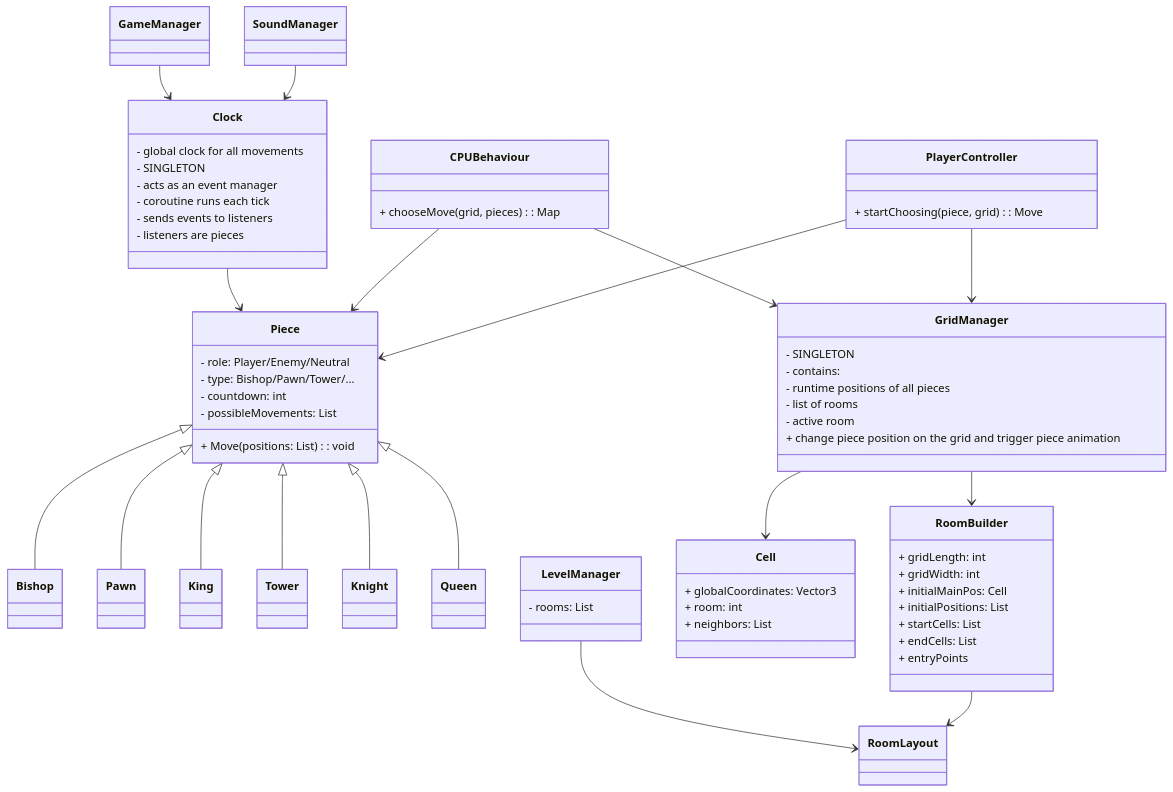
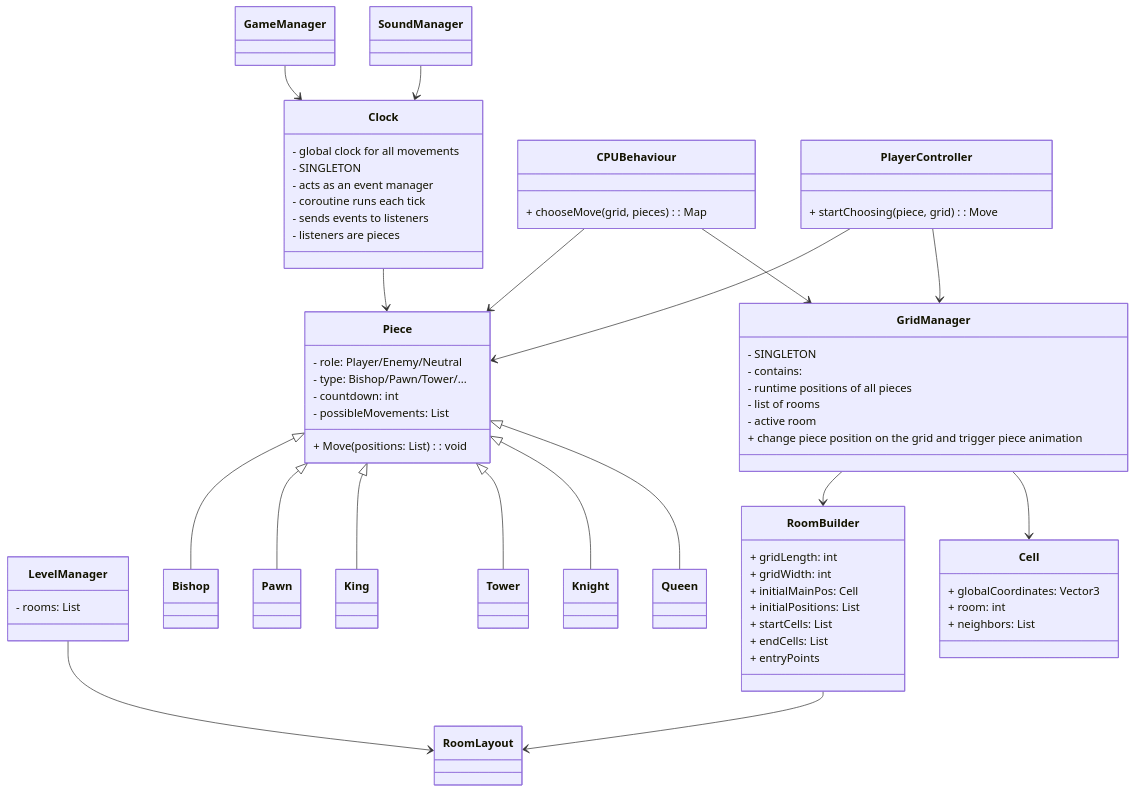
Before and after one commit to martinopiaggi/Gambetto: the first of 2 diagrams in Docs/game design document.md, drawn with Mermaid.

Commit message:
dd levelmanager added into uml

```diff
--- a/Docs/game design document.md
+++ b/Docs/game design document.md
@@ -102,7 +102,7 @@
 
 classDiagram
     class GameManager
-
+    class LevelManager
     class SoundManager
 
     class Clock {
```
